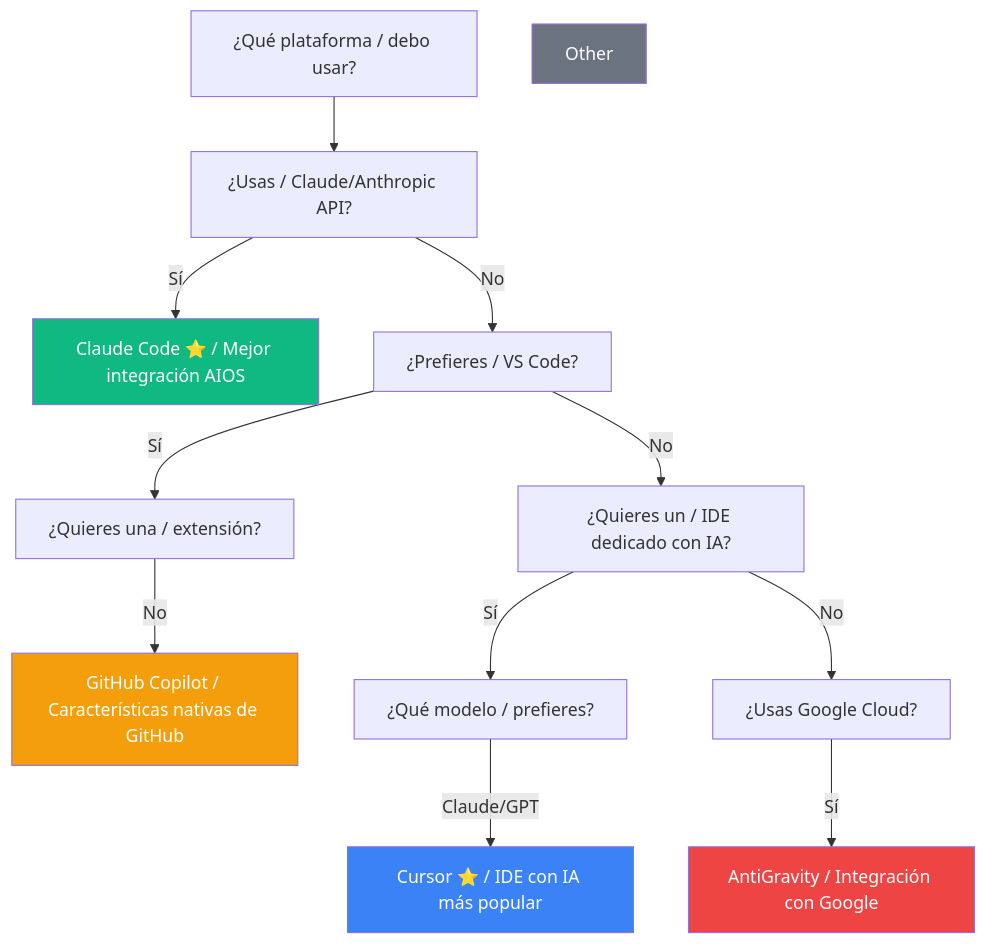
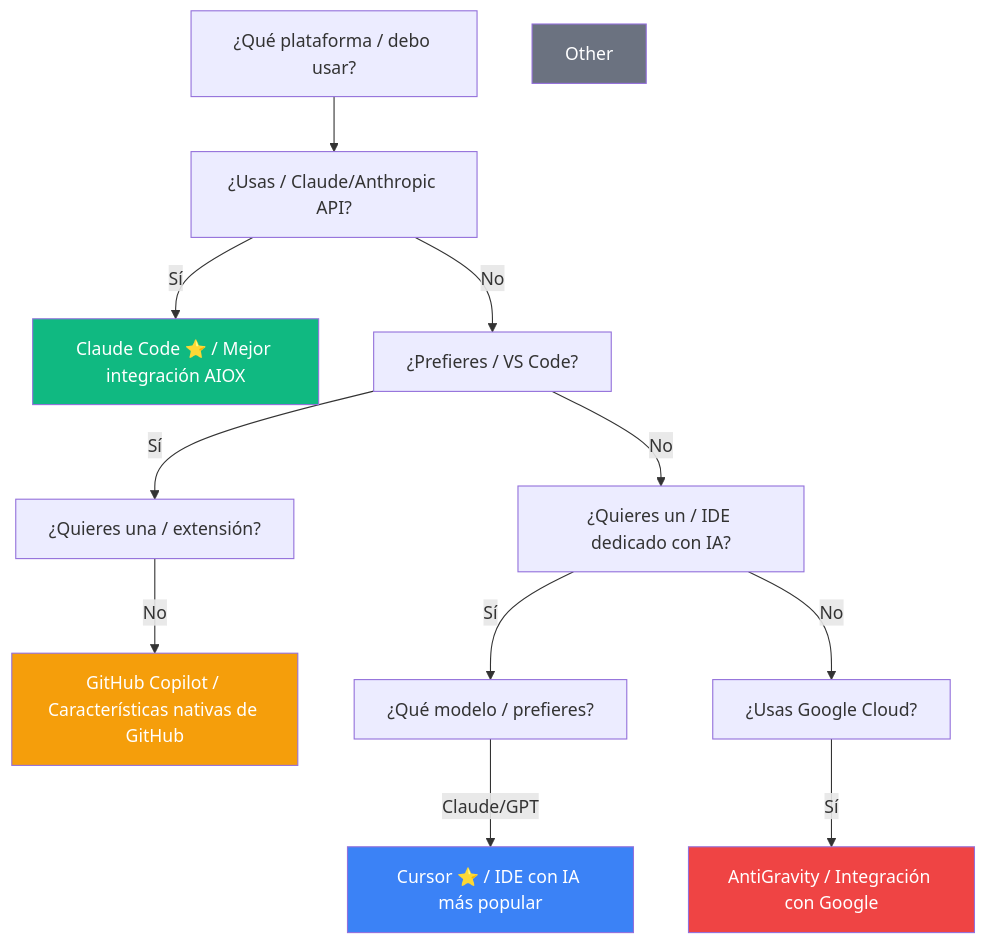
One commit to bychrisr/aios-docs changed the first of 3 diagrams in content/es/docs/platforms/README.mdx. Above: the diagram before and after it, drawn with Mermaid. The commit also changed other lines of this file and 564 other files, not shown here.

````diff
--- a/content/es/docs/platforms/README.mdx
+++ b/content/es/docs/platforms/README.mdx
@@ -30,23 +30,23 @@
 ```mermaid
 flowchart TD
     Start["¿Qué plataforma / debo usar?"] --> Q1["¿Usas / Claude/Anthropic API?"]
 
-    Q1 -->|Sí| CC["Claude Code ⭐ / Mejor integración AIOS"]
+    Q1 -->|Sí| CC["Claude Code ⭐ / Mejor integración AIOX"]
     Q1 -->|No| Q2["¿Prefieres / VS Code?"]
 
     Q2 -->|Sí| Q3["¿Quieres una / extensión?"]
     Q3 -->|No| Copilot["GitHub Copilot / Características nativas de GitHub"]
 
     Q2 -->|No| Q4["¿Quieres un / IDE dedicado con IA?"]
     Q4 -->|Sí| Q5["¿Qué modelo / prefieres?"]
     Q5 -->|Claude/GPT| Cursor["Cursor ⭐ / IDE con IA más popular"]
 
     Q4 -->|No| Q6["¿Usas Google Cloud?"]
     Q6 -->|Sí| AG["AntiGravity / Integración con Google"]
 
     style CC fill:#10b981,color:#fff
     style Cursor fill:#3b82f6,color:#fff
     style Copilot fill:#f59e0b,color:#fff
     style AG fill:#ef4444,color:#fff
     style Other fill:#6b7280,color:#fff
 ```
````
